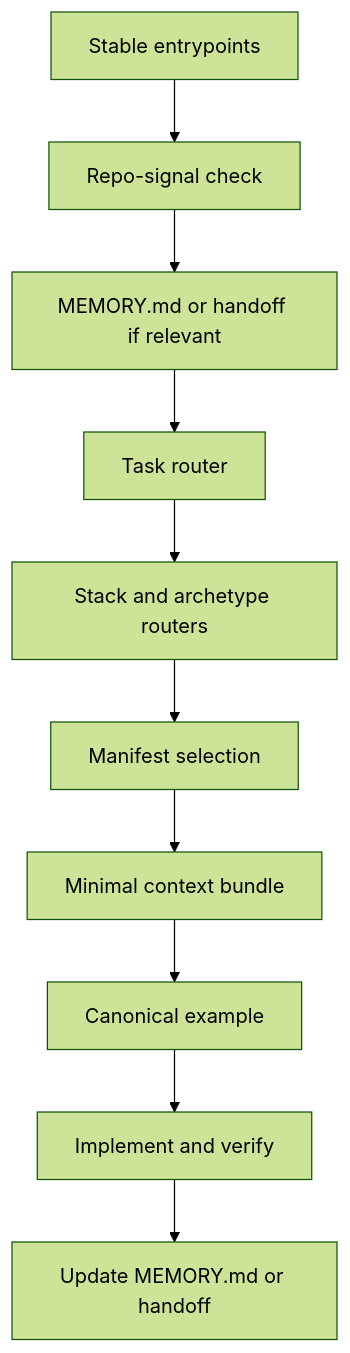
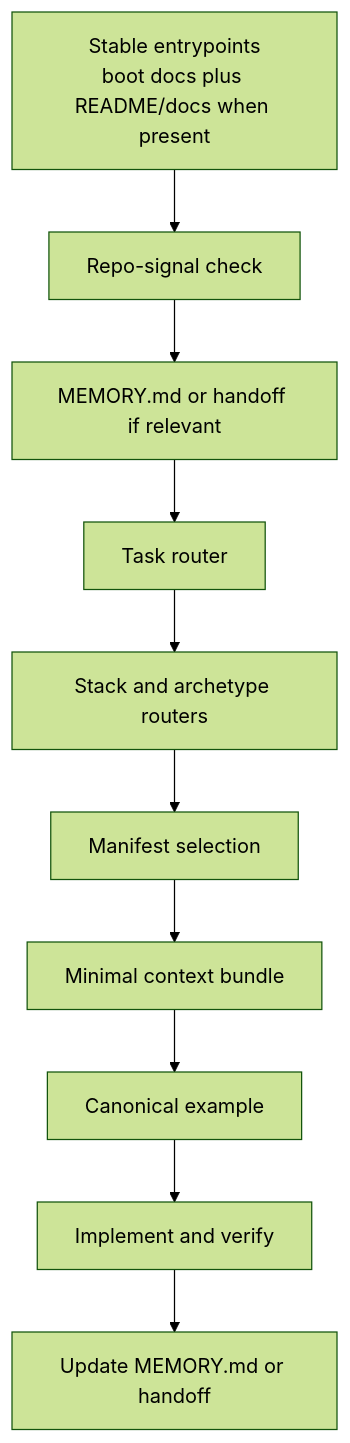
The diagram in docs/context-boot-sequence.md (someflydev/agent-context-base), drawn with Mermaid (forest theme) before and after one commit. The commit also changed other lines of this file and 7 other files, not shown here.

````diff
--- a/docs/context-boot-sequence.md
+++ b/docs/context-boot-sequence.md
@@ -25,12 +25,12 @@
 ```mermaid
 flowchart TD
-    A[Stable entrypoints] --> B[Repo-signal check]
+    A[Stable entrypoints<br/>boot docs plus README/docs when present] --> B[Repo-signal check]
     B --> C[MEMORY.md or handoff if relevant]
     C --> D[Task router]
     D --> E[Stack and archetype routers]
     E --> F[Manifest selection]
     F --> G[Minimal context bundle]
     G --> H[Canonical example]
     H --> I[Implement and verify]
     I --> J[Update MEMORY.md or handoff]
 ```
````
